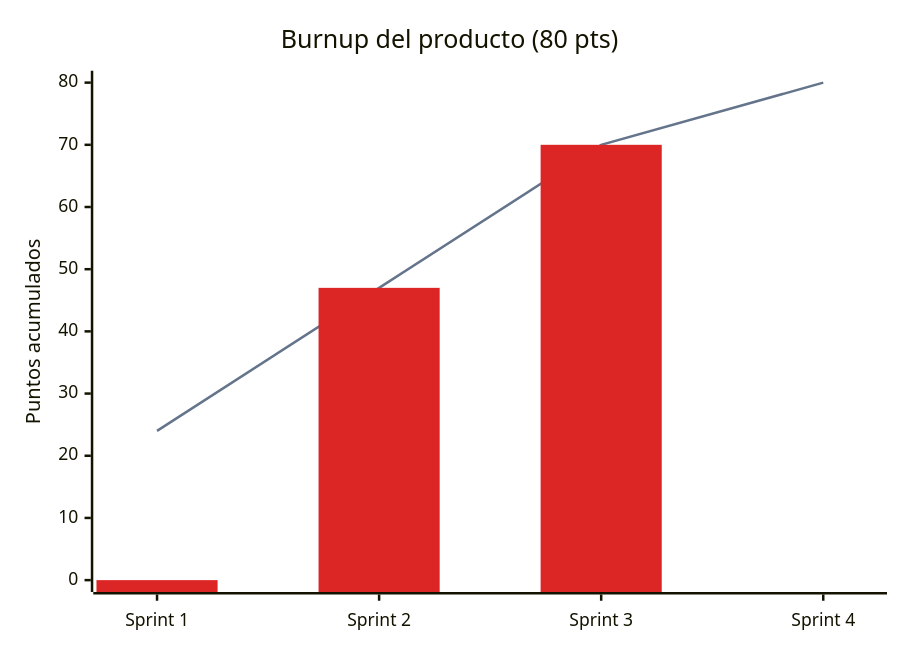
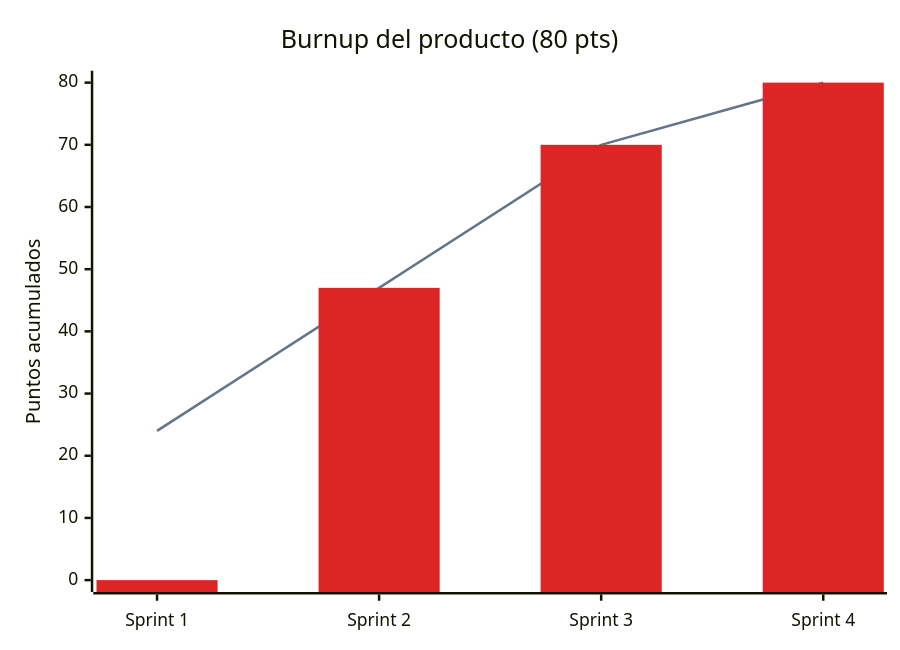
Before and after one commit to notNorthStar/Abarrotes-: the fourth of 4 diagrams in docs/scrum/burndown.md, drawn with Mermaid. The commit also changed other lines of this file and 13 other files, not shown here.

````diff
--- a/docs/scrum/burndown.md
+++ b/docs/scrum/burndown.md
@@ -113,9 +127,9 @@
 ```mermaid
 %%{init: {"themeVariables": {"xyChart": {"plotColorPalette": "#64748b, #dc2626"}}}}%%
 xychart-beta
     title "Burnup del producto (80 pts)"
     x-axis ["Sprint 1", "Sprint 2", "Sprint 3", "Sprint 4"]
     y-axis "Puntos acumulados" 0 --> 80
     line [24, 47, 70, 80]
-    bar [0, 47, 70]
+    bar [0, 47, 70, 80]
 ```
````
